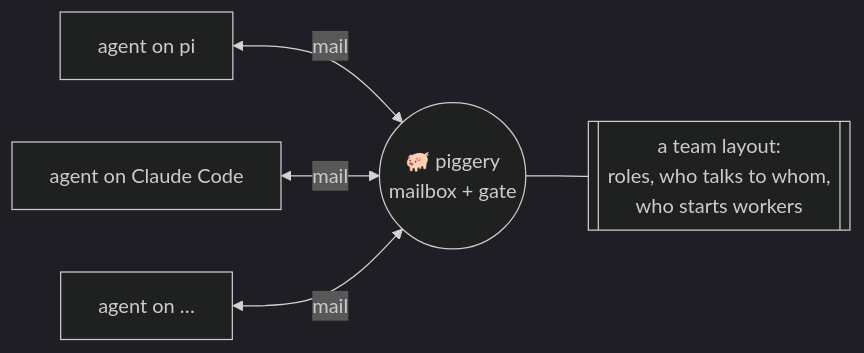
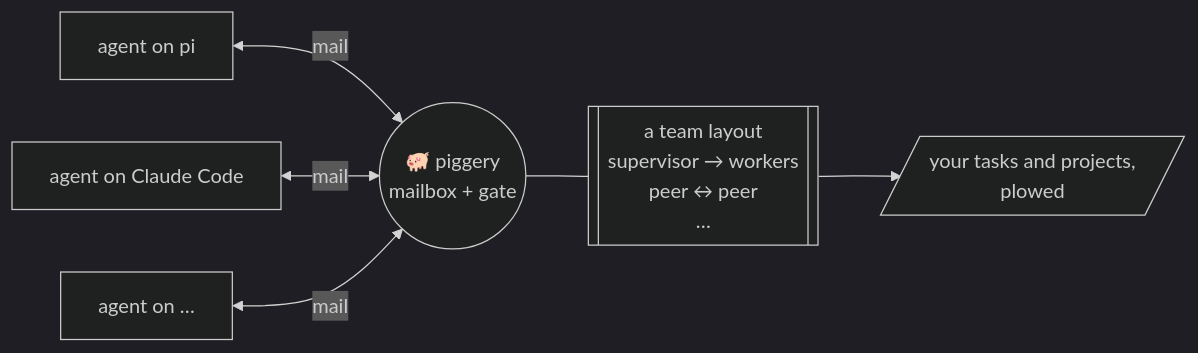
The diagram in README.md (dinhhung893/piggery), drawn with Mermaid (dark theme) before and after one commit.

Commit message:
README: the diagram names example team shapes and ends at the work

````diff
--- a/README.md
+++ b/README.md
@@ -17,7 +17,8 @@
 ```mermaid
 flowchart LR
   a["agent on pi"] <-->|mail| farm
   b["agent on Claude Code"] <-->|mail| farm
   c["agent on …"] <-->|mail| farm
-  farm(("🐖 piggery<br/>mailbox + gate")) --- shape[["a team layout:<br/>roles, who talks to whom,<br/>who starts workers"]]
+  farm(("🐖 piggery<br/>mailbox + gate")) --- shape[["a team layout<br/>supervisor → workers<br/>peer ↔ peer<br/>…"]]
+  shape --> work[/"your tasks and projects,<br/>plowed"/]
 ```
````
